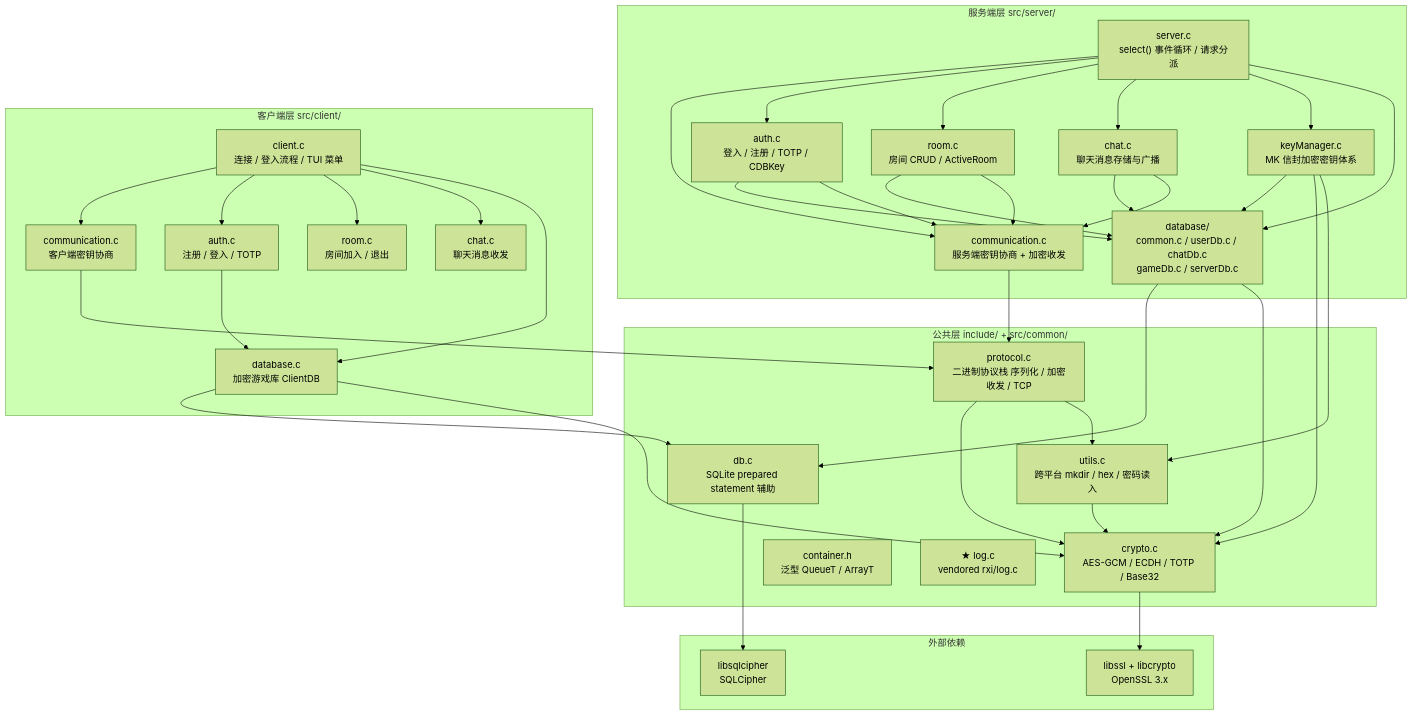
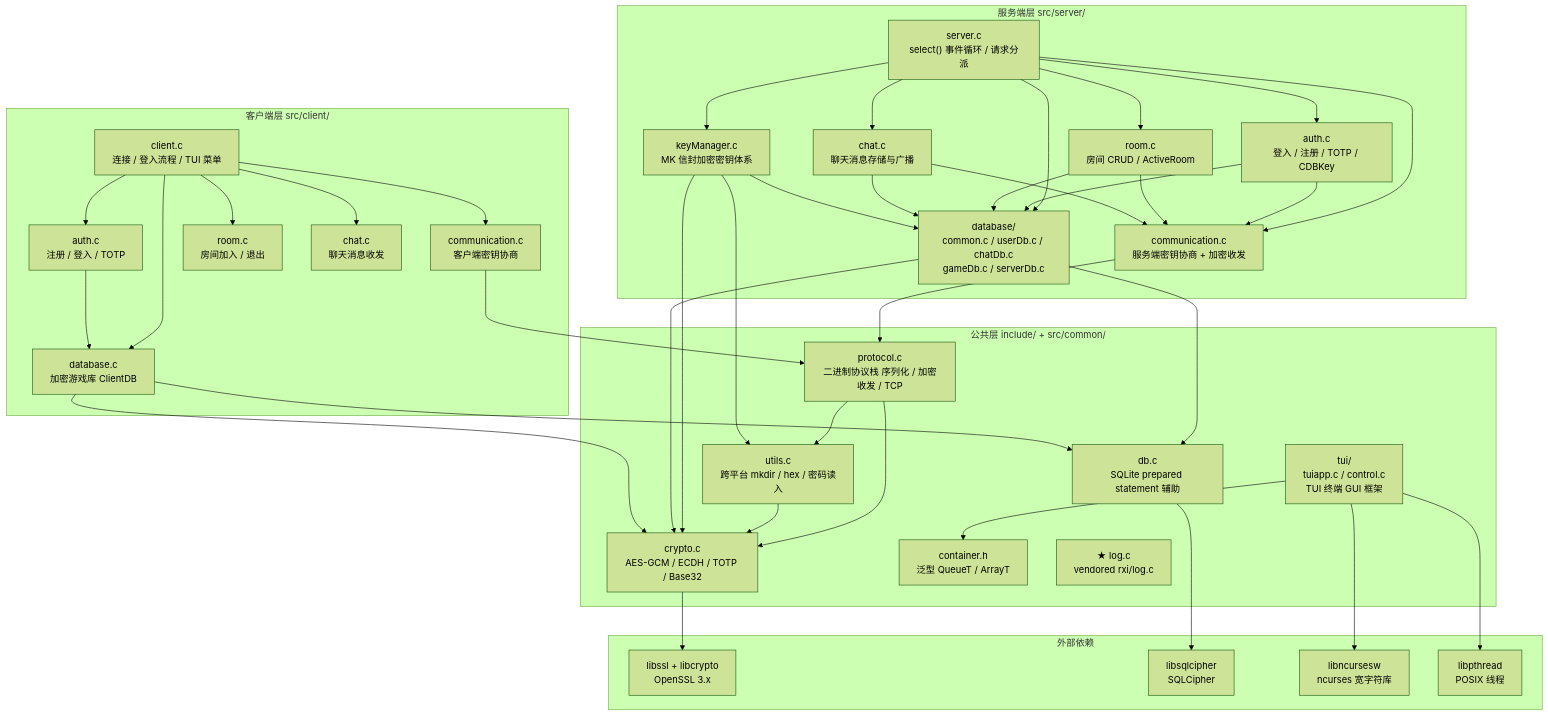
Diagram 16 of 16 in docs/API.md (WinstonMeursault/PacPlay), drawn with Mermaid (forest theme) before and after one commit. The commit also changed other lines of this file and 20 other files, not shown here.

````diff
--- a/docs/API.md
+++ b/docs/API.md
@@ -2184,73 +2461,79 @@
 ```mermaid
 graph TD
     subgraph public["公共层 include/ + src/common/"]
         crypto["crypto.c<br/>AES-GCM / ECDH / TOTP / Base32"]
         protocol["protocol.c<br/>二进制协议栈 序列化 / 加密收发 / TCP"]
         db["db.c<br/>SQLite prepared statement 辅助"]
         utils["utils.c<br/>跨平台 mkdir / hex / 密码读入"]
         container["container.h<br/>泛型 QueueT / ArrayT"]
+        tui["tui/<br/>tuiapp.c / control.c<br/>TUI 终端 GUI 框架"]
         log["★ log.c<br/>vendored rxi/log.c"]
     end
 
     subgraph server["服务端层 src/server/"]
         sMain["server.c<br/>select() 事件循环 / 请求分派"]
         sComm["communication.c<br/>服务端密钥协商 + 加密收发"]
         sAuth["auth.c<br/>登入 / 注册 / TOTP / CDBKey"]
         sRoom["room.c<br/>房间 CRUD / ActiveRoom"]
         sChat["chat.c<br/>聊天消息存储与广播"]
         sKey["keyManager.c<br/>MK 信封加密密钥体系"]
         sDb["database/<br/>common.c / userDb.c / chatDb.c<br/>gameDb.c / serverDb.c"]
     end
 
     subgraph client["客户端层 src/client/"]
         cMain["client.c<br/>连接 / 登入流程 / TUI 菜单"]
         cComm["communication.c<br/>客户端密钥协商"]
         cAuth["auth.c<br/>注册 / 登入 / TOTP"]
         cRoom["room.c<br/>房间加入 / 退出"]
         cChat["chat.c<br/>聊天消息收发"]
         cDb["database.c<br/>加密游戏库 ClientDB"]
     end
 
     subgraph external["外部依赖"]
         ssl["libssl + libcrypto<br/>OpenSSL 3.x"]
         sqlcipher["libsqlcipher<br/>SQLCipher"]
+        ncurses["libncursesw<br/>ncurses 宽字符库"]
+        pthread["libpthread<br/>POSIX 线程"]
     end
 
     %% 公共层内部依赖
     protocol --> crypto
     protocol --> utils
     utils --> crypto
     crypto --> ssl
     db --> sqlcipher
+    tui --> container
+    tui --> ncurses
+    tui --> pthread
 
     %% 服务端模块依赖
     sMain --> sComm
     sMain --> sAuth
     sMain --> sRoom
     sMain --> sChat
     sMain --> sKey
     sMain --> sDb
     sAuth --> sDb
     sAuth --> sComm
     sRoom --> sDb
     sRoom --> sComm
     sChat --> sDb
     sChat --> sComm
     sKey --> sDb
     sKey --> crypto
     sKey --> utils
     sComm --> protocol
     sDb --> db
     sDb --> crypto
 
     %% 客户端模块依赖
     cMain --> cComm
     cMain --> cAuth
     cMain --> cRoom
     cMain --> cChat
     cMain --> cDb
     cAuth --> cDb
     cComm --> protocol
     cDb --> db
     cDb --> crypto
 ```
````
